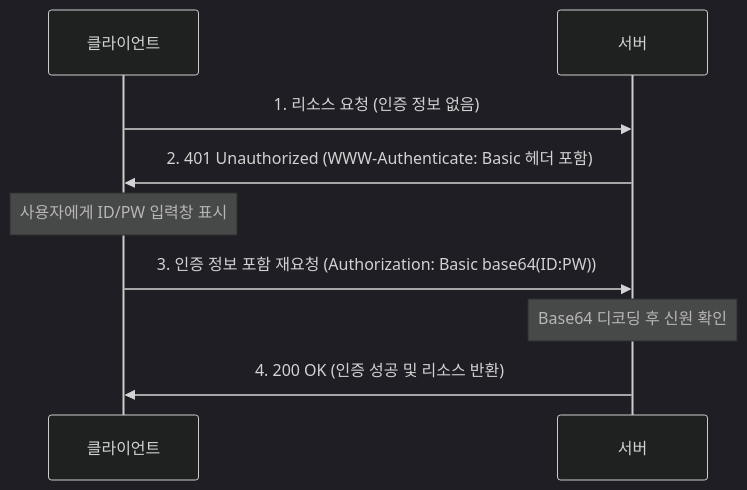
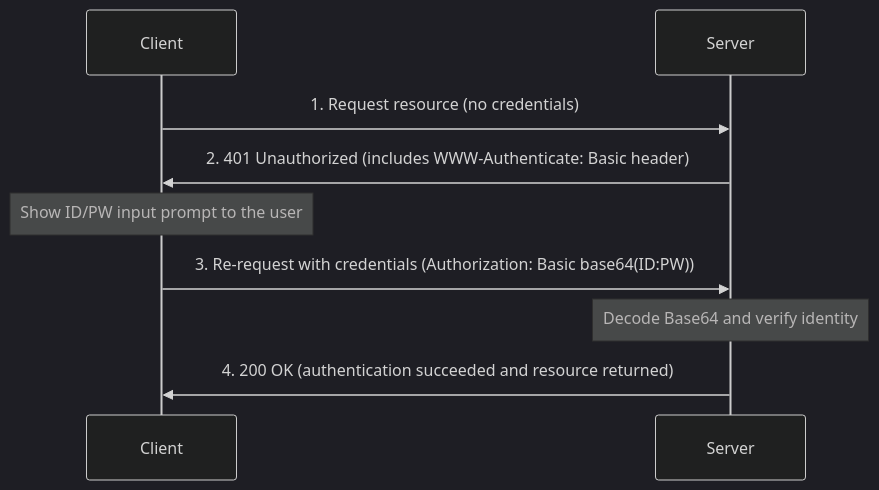
Before and after one commit to jeonck/k8s-adv: the diagram in content/security/04-implementation/32-http-basic-auth-deprecated.md, drawn with Mermaid (dark theme). The commit also changed other lines of this file and 223 other files, not shown here.

````diff
--- a/content/security/04-implementation/32-http-basic-auth-deprecated.md
+++ b/content/security/04-implementation/32-http-basic-auth-deprecated.md
@@ -30,12 +30,12 @@
 ```mermaid
 sequenceDiagram
-    participant C as 클라이언트
-    participant S as 서버
+    participant C as Client
+    participant S as Server
     
-    C->>S: 1. 리소스 요청 (인증 정보 없음)
-    S->>C: 2. 401 Unauthorized (WWW-Authenticate: Basic 헤더 포함)
-    Note over C: 사용자에게 ID/PW 입력창 표시
-    C->>S: 3. 인증 정보 포함 재요청 (Authorization: Basic base64(ID:PW))
-    Note over S: Base64 디코딩 후 신원 확인
-    S->>C: 4. 200 OK (인증 성공 및 리소스 반환)
+    C->>S: 1. Request resource (no credentials)
+    S->>C: 2. 401 Unauthorized (includes WWW-Authenticate: Basic header)
+    Note over C: Show ID/PW input prompt to the user
+    C->>S: 3. Re-request with credentials (Authorization: Basic base64(ID:PW))
+    Note over S: Decode Base64 and verify identity
+    S->>C: 4. 200 OK (authentication succeeded and resource returned)
 ```
````
